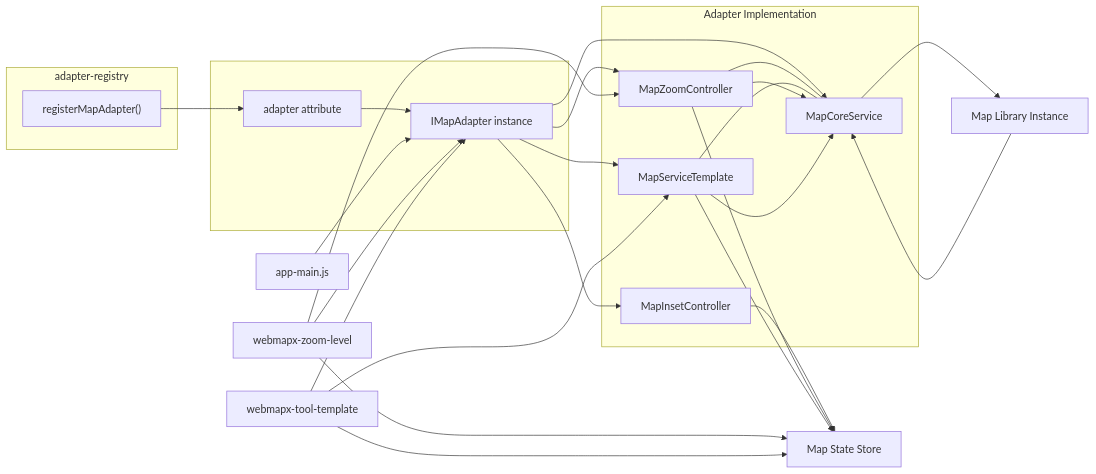
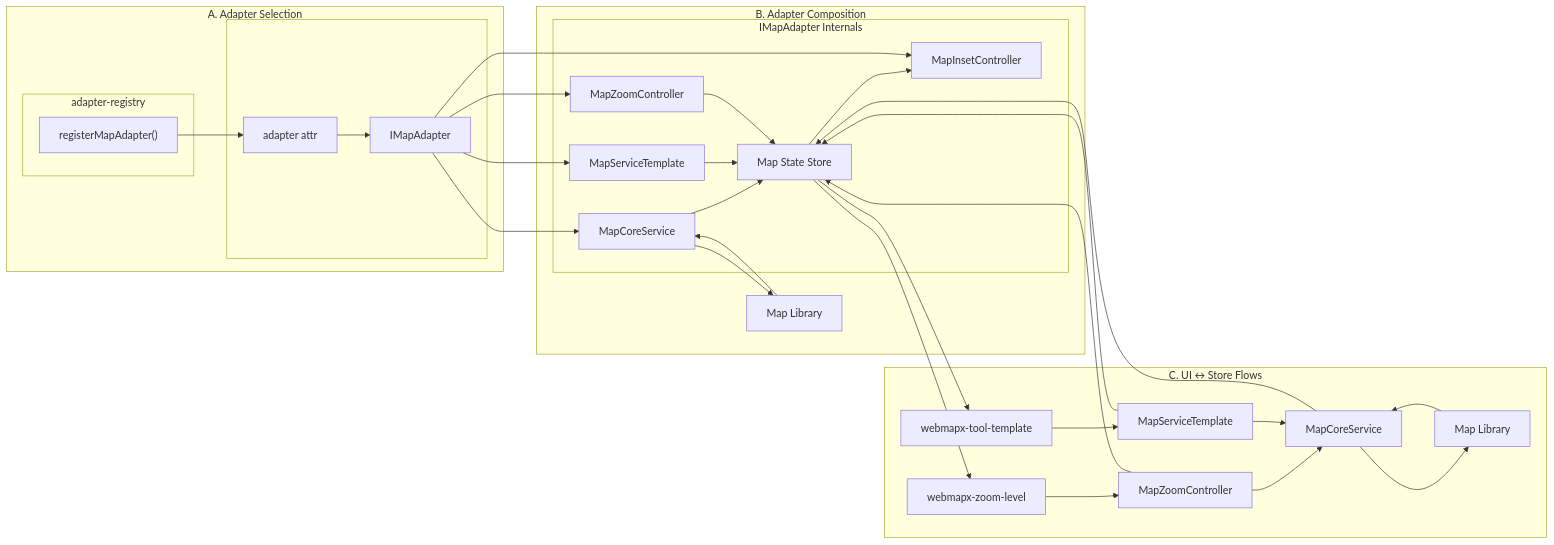
The diagram in docs/DEVELOPER_GUIDE.md (edugis-org/webmapx), drawn with Mermaid before and after one commit. The commit also changed 3 other files, not shown here.

Commit message:
update architecture diagram, add base class for new tools

````diff
--- a/docs/DEVELOPER_GUIDE.md
+++ b/docs/DEVELOPER_GUIDE.md
@@ -56,63 +56,61 @@
 ```mermaid
 flowchart LR
-    subgraph Registry["adapter-registry"]
-        REG["registerMapAdapter()"]
+    %% Diagram A: Adapter selection
+    subgraph A["A. Adapter Selection"]
+        subgraph Registry["adapter-registry"]
+            REG["registerMapAdapter()"]
+        end
+        subgraph MapElement["<webmapx-map>"]
+            ATTR["adapter attr"]
+            ADAPTER["IMapAdapter"]
+        end
+        REG --> ATTR
+        ATTR --> ADAPTER
     end
 
-    subgraph MapElement["<webmapx-map>"]
-        ATTR["adapter attribute"]
-        ADAPTER["IMapAdapter instance"]
+    %% Diagram B: Adapter composition
+    subgraph B["B. Adapter Composition"]
+        subgraph Services["IMapAdapter Internals"]
+            MCS["MapCoreService"]
+            MST["MapServiceTemplate"]
+            MZC["MapZoomController"]
+            INSET["MapInsetController"]
+            STORE["Map State Store"]
+        end
+        MCS --> MAP["Map Library"]
+        MAP --> MCS
+        MCS --> STORE
+        MST --> STORE
+        MZC --> STORE
+        STORE --> INSET
     end
-
-    subgraph Adapter["Adapter Implementation"]
-        MCS["MapCoreService"]
-        MST["MapServiceTemplate"]
-        MZC["MapZoomController"]
-        INSET["MapInsetController"]
-    end
-
-    MAP["Map Library Instance"]
-    STORE["Map State Store"]
-
-    ZCOMP["webmapx-zoom-level"]
-    TCOMP["webmapx-tool-template"]
-    APP["app-main.js"]
-
-    %% Registry injects the adapter factory used by each map element
-    REG --> ATTR
-    ATTR --> ADAPTER
-
-    %% Map element exposes adapter to app/components
-    APP --> ADAPTER
-    ZCOMP --> ADAPTER
-    TCOMP --> ADAPTER
-
-    %% Adapter composes services/controllers/core
     ADAPTER --> MCS
     ADAPTER --> MST
     ADAPTER --> MZC
     ADAPTER --> INSET
 
-    %% Core controls the concrete map library instance
-    MCS --> MAP
-    MAP --> MCS
+    %% Diagram C: UI <-> Store flows
+    subgraph C["C. UI ↔ Store Flows"]
+        ZCOMP["webmapx-zoom-level"]
+        TCOMP["webmapx-tool-template"]
+        MZC2["MapZoomController"]
+        MST2["MapServiceTemplate"]
+        MCS2["MapCoreService"]
+        MAP2["Map Library"]
 
-    %% Services/controllers collaborate with core
-    MZC --- MCS
-    MST --- MCS
-    INSET --> STORE
+        ZCOMP --> MZC2
+        MZC2 --> MCS2
+        MCS2 --> MAP2
+        MZC2 --> STORE
+        STORE --> ZCOMP
 
-    %% Components subscribe to store
-    ZCOMP --> STORE
-    TCOMP --> STORE
+        TCOMP --> MST2
+        MST2 --> MCS2
+        MST2 --> STORE
+        STORE --> TCOMP
 
-    %% Zoom flow (UI intent -> adapter -> core -> map -> store)
-    ZCOMP --> MZC
-    MZC --> MCS
-    MZC --> STORE
-
-    %% Tool flow (UI intent -> adapter service -> core/map -> store)
-    TCOMP --> MST
-    MST --> MCS
-    MST --> STORE
+        %% Map events propagated to store
+        MAP2 --> MCS2
+        MCS2 --> STORE
+    end
 ```
````
